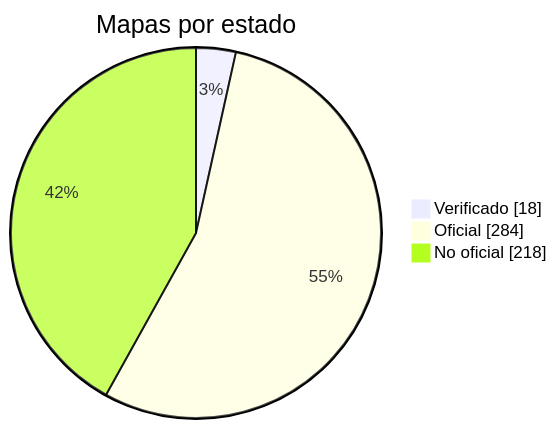
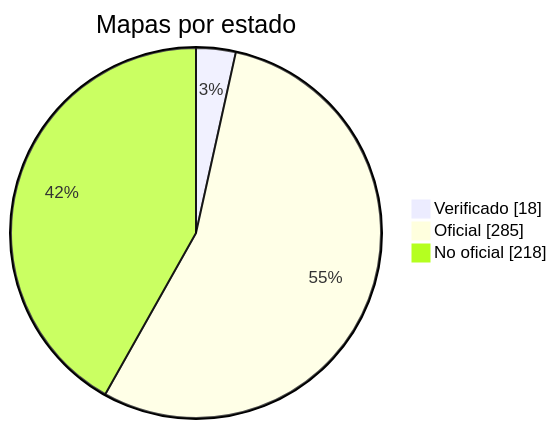
The diagram in docs/readme/README_ES.md (nobrega8/mbmap-library), drawn with Mermaid before and after one commit. The commit also changed 5 other files, not shown here.

````diff
--- a/docs/readme/README_ES.md
+++ b/docs/readme/README_ES.md
@@ -54,7 +54,7 @@
 ```mermaid
 pie showData
     title Mapas por estado
     "Verificado" : 18
-    "Oficial" : 284
+    "Oficial" : 285
     "No oficial" : 218
 ```
````
